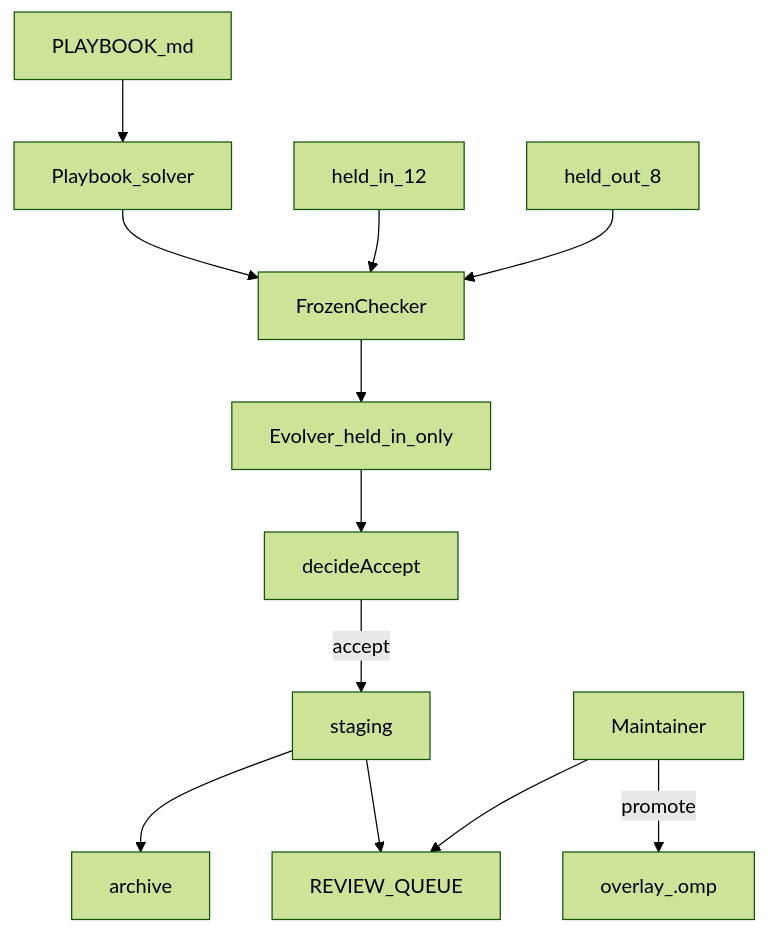
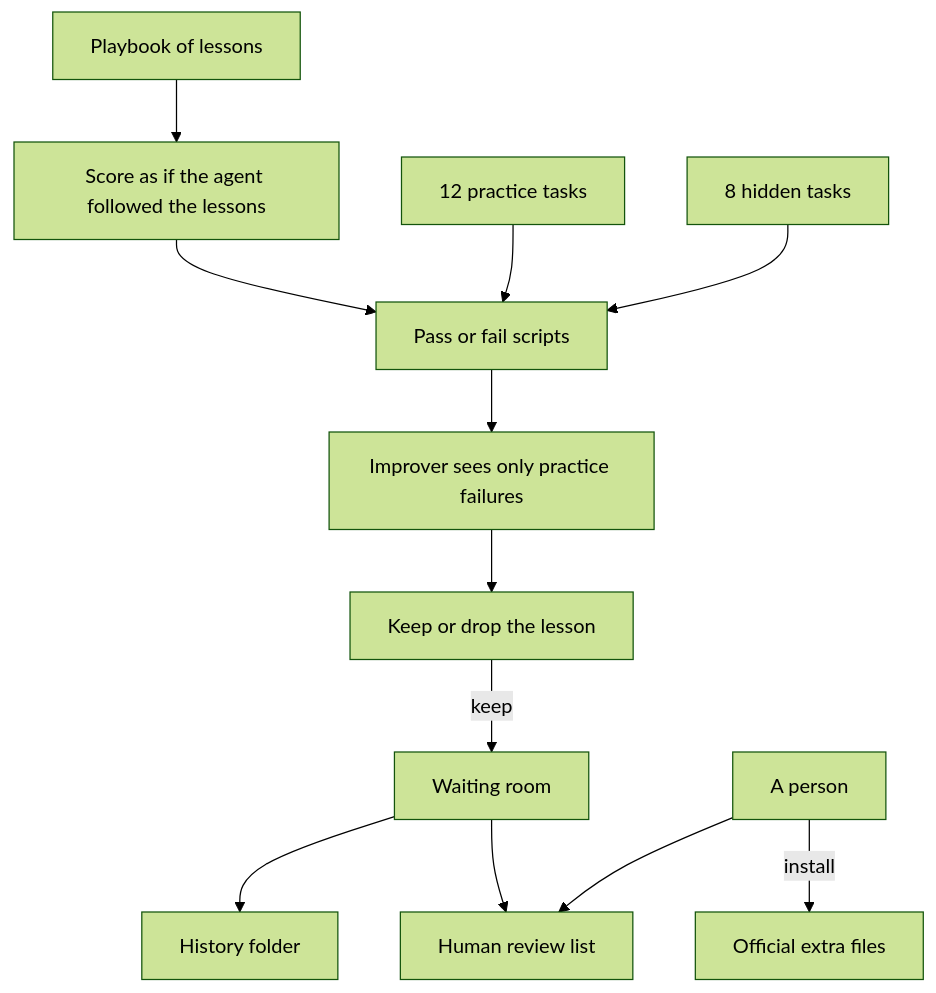
The first of 3 diagrams in README.md (Vinayak-RZ/Improveness), drawn with Mermaid (forest theme) before and after one commit. The commit also changed other lines of this file, not shown here.

````diff
--- a/README.md
+++ b/README.md
@@ -98,14 +110,14 @@
 ```mermaid
 flowchart TD
-  playbook[PLAYBOOK_md] --> solver[Playbook_solver]
-  solver --> checker[FrozenChecker]
-  heldIn[held_in_12] --> checker
-  heldOut[held_out_8] --> checker
-  checker --> evolver[Evolver_held_in_only]
-  evolver --> decide[decideAccept]
-  decide -->|accept| staging[staging]
-  staging --> archive[archive]
-  staging --> queue[REVIEW_QUEUE]
-  human[Maintainer] --> queue
-  human -->|promote| overlay[overlay_.omp]
+  playbook[Playbook of lessons] --> solver[Score as if the agent followed the lessons]
+  solver --> checker[Pass or fail scripts]
+  practice[12 practice tasks] --> checker
+  hidden[8 hidden tasks] --> checker
+  checker --> improver[Improver sees only practice failures]
+  improver --> decide[Keep or drop the lesson]
+  decide -->|keep| waiting[Waiting room]
+  waiting --> history[History folder]
+  waiting --> queue[Human review list]
+  person[A person] --> queue
+  person -->|install| official[Official extra files]
 ```
````
